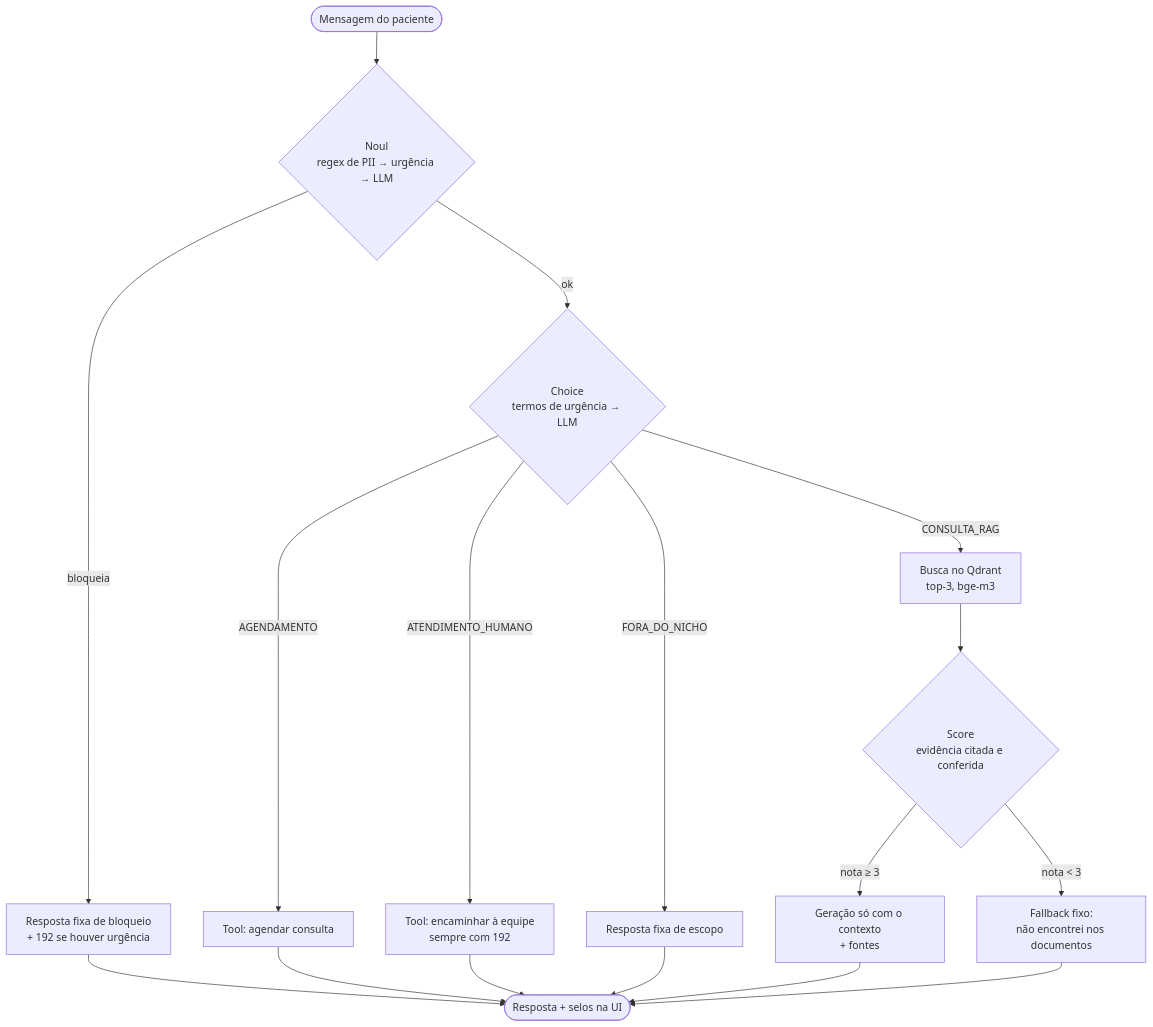
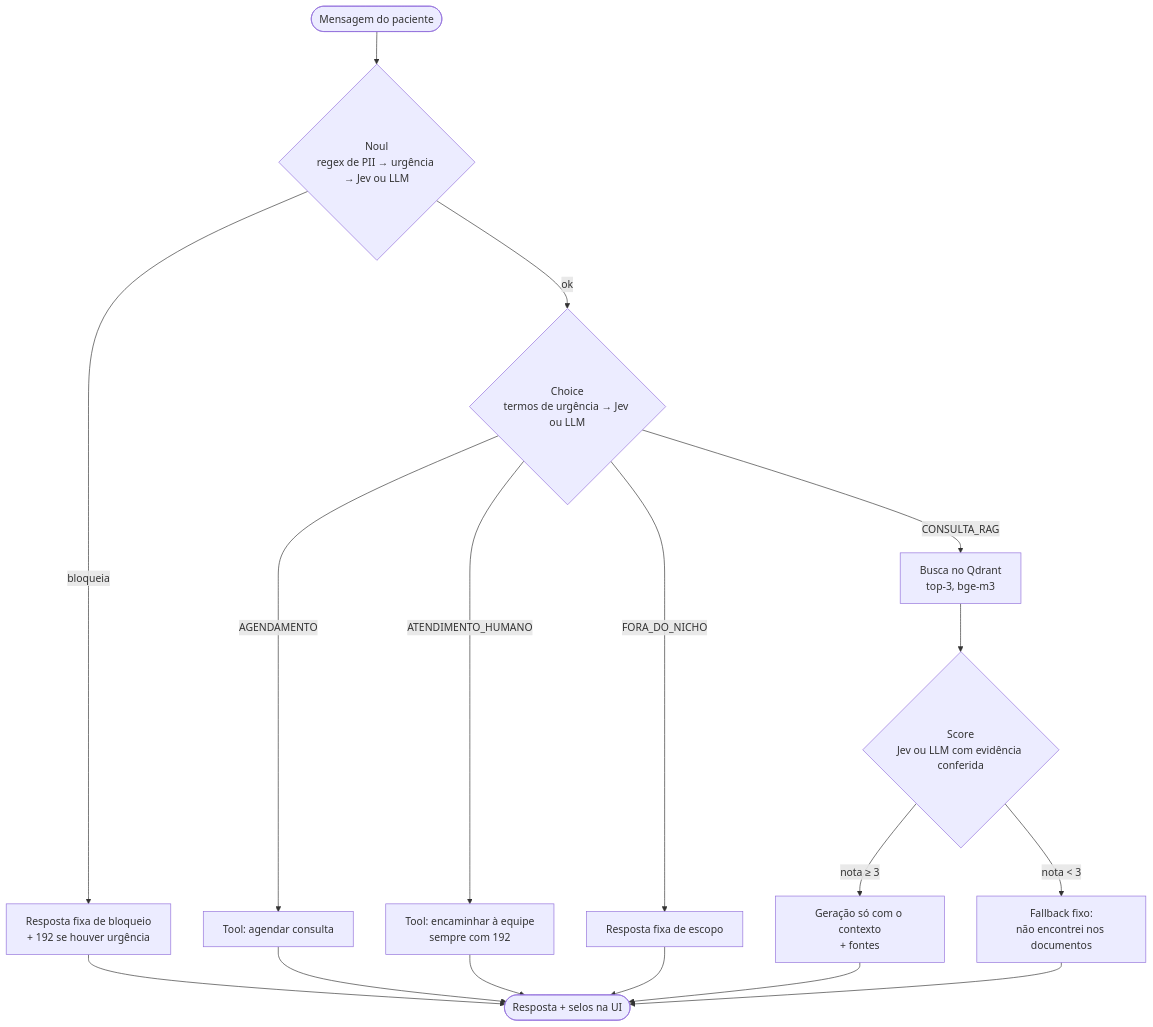
Before and after one commit to ricardodatadev/agent-ia: the diagram in README.md, drawn with Mermaid. The commit also changed other lines of this file and 3 other files, not shown here.

First line of the commit message:
docs: README com o Jev da TypeSafe AI como motor das decisões e fechamento da Fase 11 (T-25)

````diff
--- a/README.md
+++ b/README.md
@@ -27,14 +28,14 @@
 ```mermaid
 flowchart TD
-    START([Mensagem do paciente]) --> NOUL{"Noul<br/>regex de PII → urgência → LLM"}
+    START([Mensagem do paciente]) --> NOUL{"Noul<br/>regex de PII → urgência → Jev ou LLM"}
     NOUL -- bloqueia --> BLOQ[Resposta fixa de bloqueio<br/>+ 192 se houver urgência]
-    NOUL -- ok --> CHOICE{"Choice<br/>termos de urgência → LLM"}
+    NOUL -- ok --> CHOICE{"Choice<br/>termos de urgência → Jev ou LLM"}
     CHOICE -- CONSULTA_RAG --> RET[Busca no Qdrant<br/>top-3, bge-m3]
     CHOICE -- AGENDAMENTO --> AGD[Tool: agendar consulta]
     CHOICE -- ATENDIMENTO_HUMANO --> ATD[Tool: encaminhar à equipe<br/>sempre com 192]
     CHOICE -- FORA_DO_NICHO --> FDN[Resposta fixa de escopo]
-    RET --> SCORE{"Score<br/>evidência citada e conferida"}
+    RET --> SCORE{"Score<br/>Jev ou LLM com evidência conferida"}
     SCORE -- "nota ≥ 3" --> GEN[Geração só com o contexto<br/>+ fontes]
     SCORE -- "nota < 3" --> FB[Fallback fixo:<br/>não encontrei nos documentos]
     BLOQ & AGD & ATD & FDN & GEN & FB --> END([Resposta + selos na UI])
 ```
````
